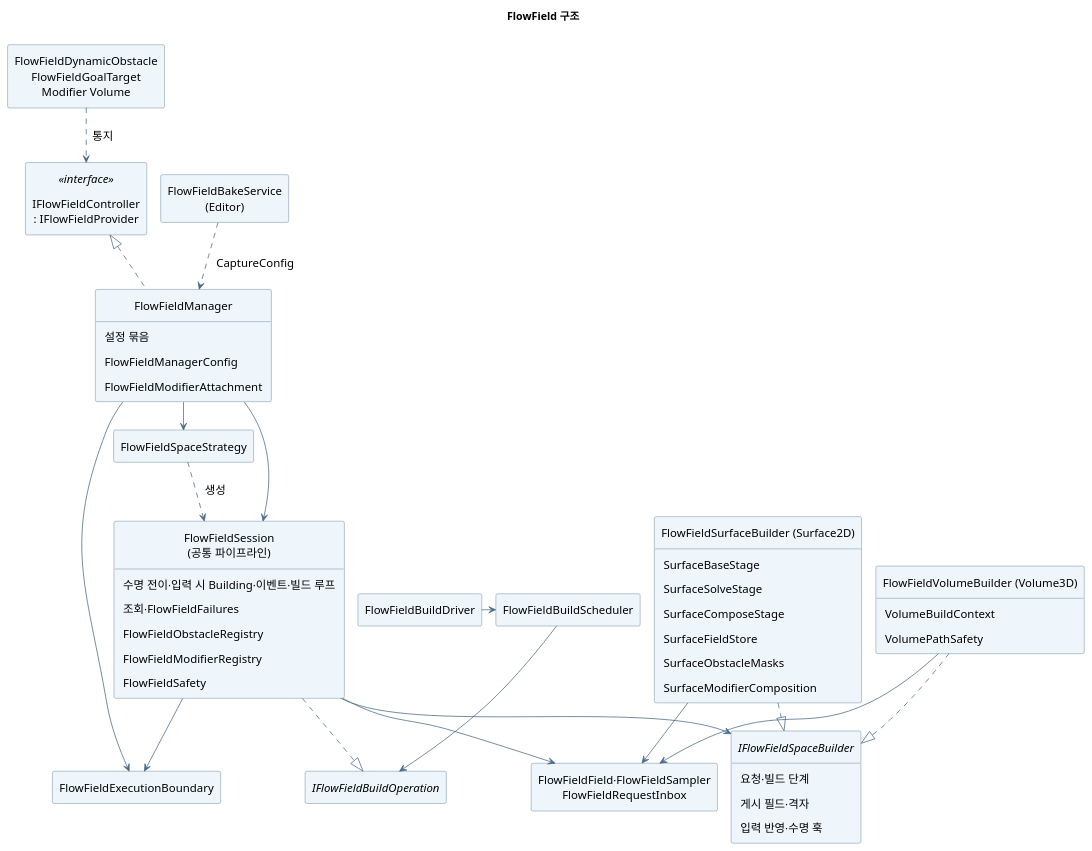
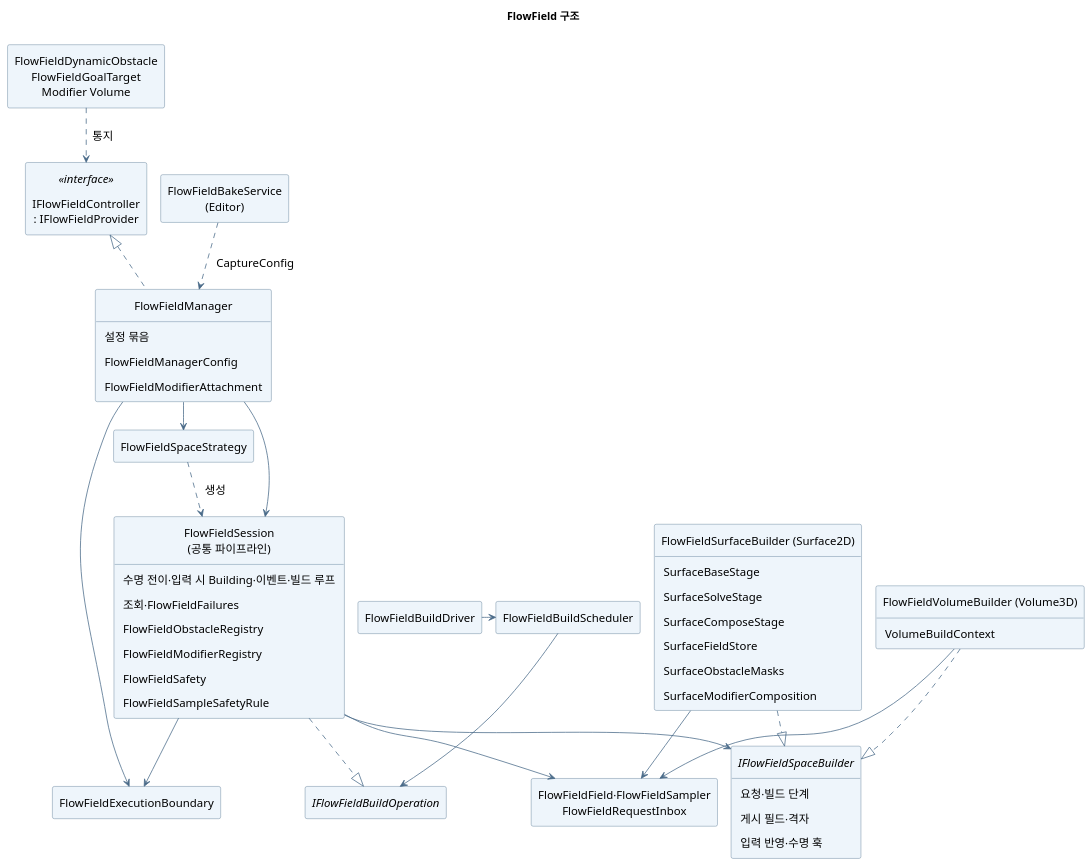
Before and after one commit to youwonsock/tool-unity-editor: the diagram in ToyProject/Assets/_FlowField/Docs/flowfield-structure.puml, drawn with PlantUML. The commit also changed 19 other files, not shown here.

```diff
--- a/ToyProject/Assets/_FlowField/Docs/flowfield-structure.puml
+++ b/ToyProject/Assets/_FlowField/Docs/flowfield-structure.puml
@@ -1,70 +1,70 @@
 @startuml flowfield-structure
 !pragma layout smetana
 skinparam shadowing false
 skinparam defaultFontName "Apple SD Gothic Neo"
 skinparam defaultFontSize 15
 skinparam ArrowColor #496A88
 skinparam Padding 6
 skinparam classBackgroundColor #EEF5FB
 skinparam classBorderColor #496A88
 hide empty members
 hide circle
 title FlowField 구조
 
 class "IFlowFieldController\n: IFlowFieldProvider" as API <<interface>>
 class FlowFieldManager {
   설정 묶음
   FlowFieldManagerConfig
   FlowFieldModifierAttachment
 }
 class FlowFieldExecutionBoundary
 class FlowFieldBuildDriver
 class FlowFieldBuildScheduler
 interface IFlowFieldBuildOperation
 class FlowFieldSpaceStrategy
 class "FlowFieldSession\n(공통 파이프라인)" as Session {
   수명 전이·입력 시 Building·이벤트·빌드 루프
   조회·FlowFieldFailures
   FlowFieldObstacleRegistry
   FlowFieldModifierRegistry
   FlowFieldSafety
+  FlowFieldSampleSafetyRule
 }
 interface IFlowFieldSpaceBuilder {
   요청·빌드 단계
   게시 필드·격자
   입력 반영·수명 훅
 }
 class "FlowFieldSurfaceBuilder (Surface2D)" as Surface {
   SurfaceBaseStage
   SurfaceSolveStage
   SurfaceComposeStage
   SurfaceFieldStore
   SurfaceObstacleMasks
   SurfaceModifierComposition
 }
 class "FlowFieldVolumeBuilder (Volume3D)" as Volume {
   VolumeBuildContext
-  VolumePathSafety
 }
 class "FlowFieldField·FlowFieldSampler\nFlowFieldRequestInbox" as Shared
 class "FlowFieldBakeService\n(Editor)" as BakeService
 class "FlowFieldDynamicObstacle\nFlowFieldGoalTarget\nModifier Volume" as Components
 
 FlowFieldManager .up.|> API
 FlowFieldManager --> Session
 FlowFieldManager --> FlowFieldSpaceStrategy
 FlowFieldSpaceStrategy ..> Session : 생성
 BakeService ..> FlowFieldManager : CaptureConfig
 FlowFieldManager --> FlowFieldExecutionBoundary
 Components ..> API : 통지
 Session --> IFlowFieldSpaceBuilder
 Surface ..|> IFlowFieldSpaceBuilder
 Volume ..|> IFlowFieldSpaceBuilder
 Surface --> Shared
 Volume --> Shared
 Session --> FlowFieldExecutionBoundary
 Session --> Shared
 Session ..|> IFlowFieldBuildOperation
 FlowFieldBuildScheduler --> IFlowFieldBuildOperation
 FlowFieldBuildDriver -right-> FlowFieldBuildScheduler
 @enduml
```
